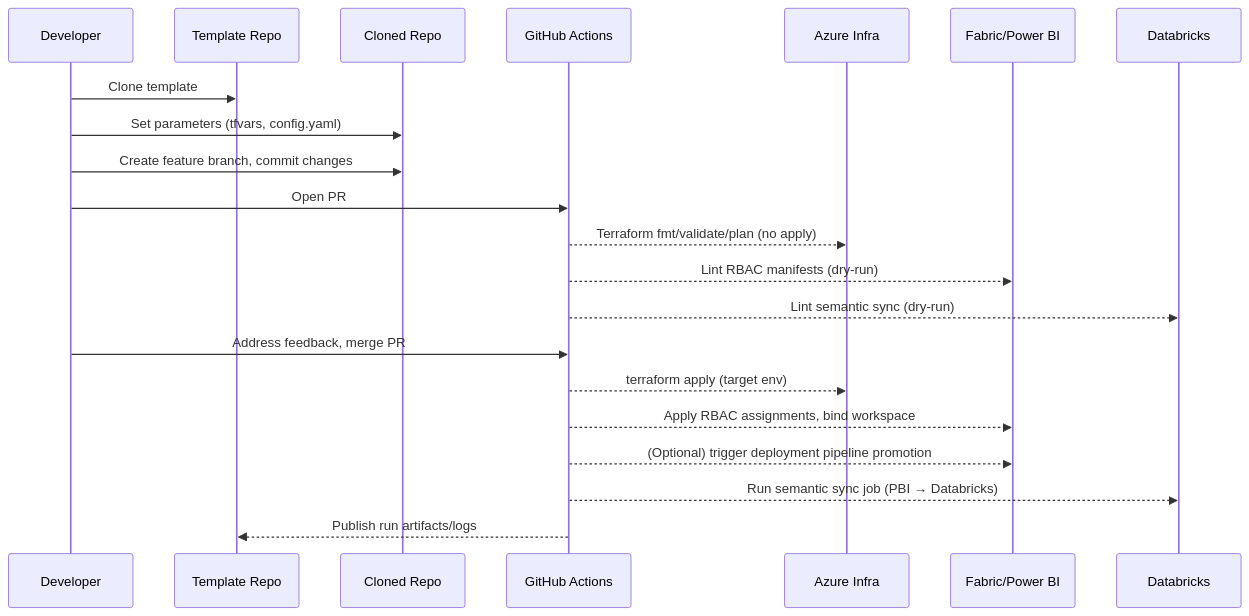
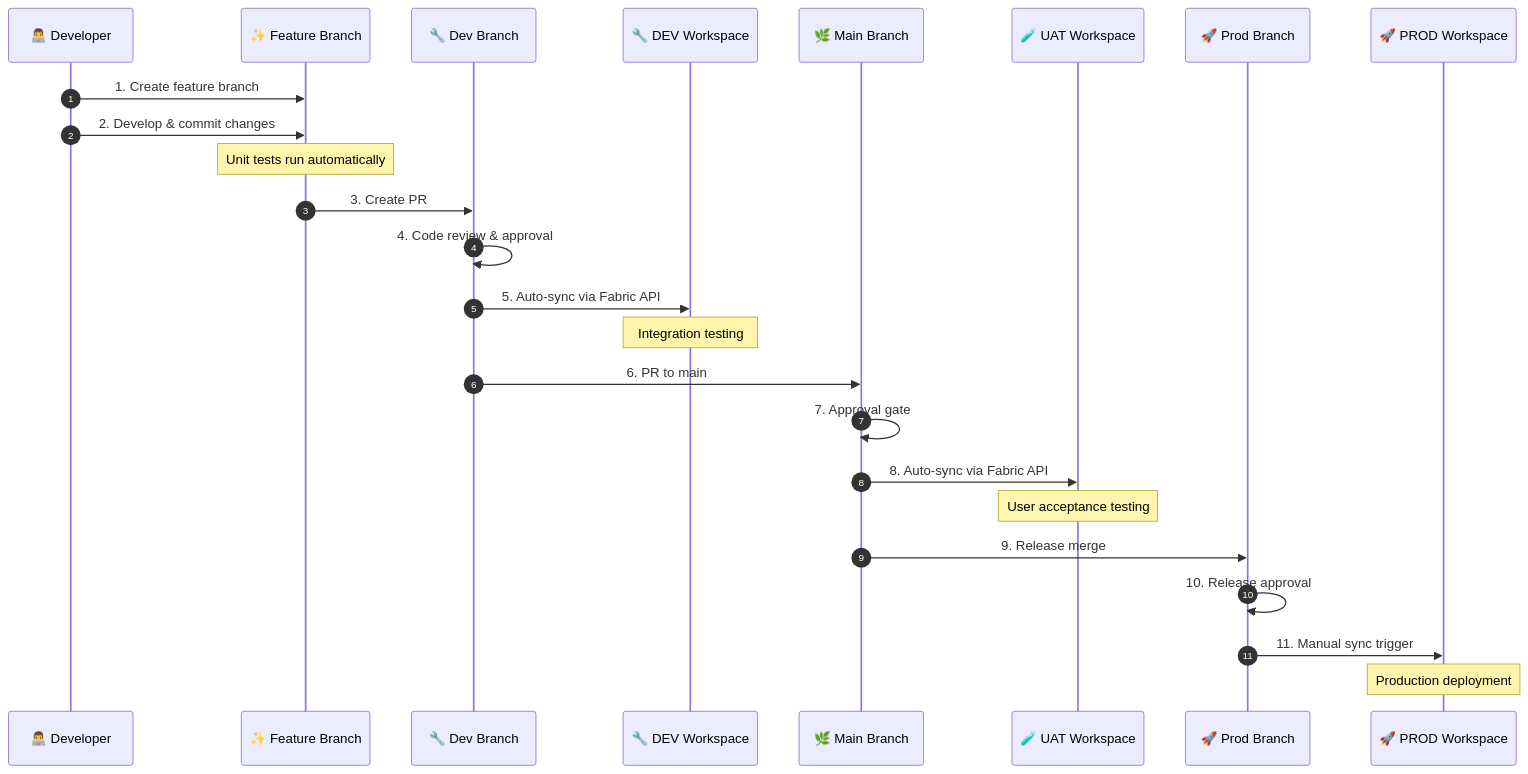
Before and after one commit to allerhed/Data-Solution--Architecture: the tenth of 15 diagrams in solution architecture.md, drawn with Mermaid. The commit also changed other lines of this file and 3 other files, not shown here.

Commit message:
docs: update section 11.2 with comprehensive semantic sync approaches

````diff
--- a/solution architecture.md
+++ b/solution architecture.md
@@ -126,24 +1411,35 @@
 ```mermaid
 sequenceDiagram
-    participant Dev as Developer
-    participant Repo as Template Repo
-    participant NewRepo as Cloned Repo
-    participant GH as GitHub Actions
-    participant Azure as Azure Infra
-    participant Fabric as Fabric/Power BI
-    participant DBX as Databricks
+    autonumber
+    participant DEV as 👨‍💻 Developer
+    participant FEAT as ✨ Feature Branch
+    participant DEV_BR as 🔧 Dev Branch
+    participant DEV_WS as 🔧 DEV Workspace
+    participant MAIN as 🌿 Main Branch
+    participant UAT_WS as 🧪 UAT Workspace
+    participant PROD_BR as 🚀 Prod Branch
+    participant PROD_WS as 🚀 PROD Workspace
 
-    Dev->>Repo: Clone template
-    Dev->>NewRepo: Set parameters (tfvars, config.yaml)
-    Dev->>NewRepo: Create feature branch, commit changes
-    Dev->>GH: Open PR
-    GH-->>Azure: Terraform fmt/validate/plan (no apply)
-    GH-->>Fabric: Lint RBAC manifests (dry-run)
-    GH-->>DBX: Lint semantic sync (dry-run)
-    Dev->>GH: Address feedback, merge PR
-    GH-->>Azure: terraform apply (target env)
-    GH-->>Fabric: Apply RBAC assignments, bind workspace
-    GH-->>Fabric: (Optional) trigger deployment pipeline promotion
-    GH-->>DBX: Run semantic sync job (PBI → Databricks)
-    GH-->>Repo: Publish run artifacts/logs
+    DEV->>FEAT: 1. Create feature branch
+    DEV->>FEAT: 2. Develop & commit changes
+    
+    Note over FEAT: Unit tests run automatically
+    
+    FEAT->>DEV_BR: 3. Create PR
+    DEV_BR->>DEV_BR: 4. Code review & approval
+    DEV_BR->>DEV_WS: 5. Auto-sync via Fabric API
+    
+    Note over DEV_WS: Integration testing
+    
+    DEV_BR->>MAIN: 6. PR to main
+    MAIN->>MAIN: 7. Approval gate
+    MAIN->>UAT_WS: 8. Auto-sync via Fabric API
+    
+    Note over UAT_WS: User acceptance testing
+    
+    MAIN->>PROD_BR: 9. Release merge
+    PROD_BR->>PROD_BR: 10. Release approval
+    PROD_BR->>PROD_WS: 11. Manual sync trigger
+    
+    Note over PROD_WS: Production deployment
 ```
````
